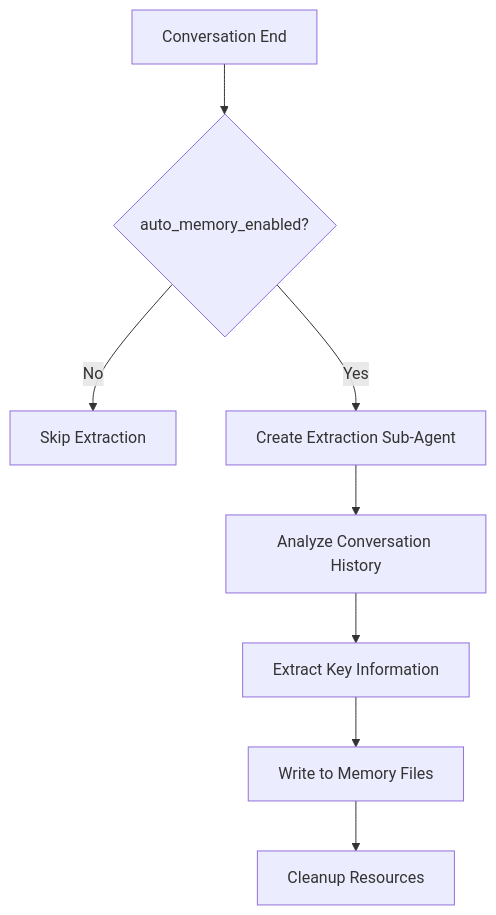
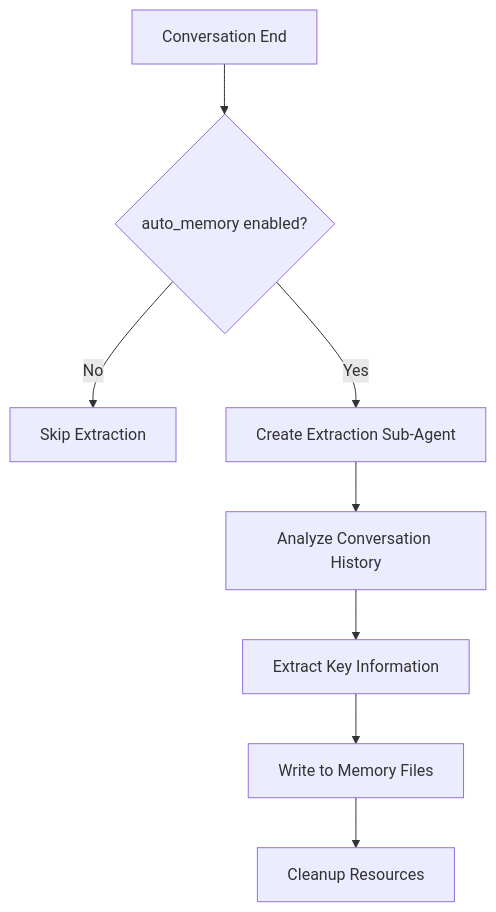
The diagram in docs/en/AutoMemory.md (Nizzanki/jiuwenswarm), drawn with Mermaid before and after one commit. The commit also changed other lines of this file and 15 other files, not shown here.

````diff
--- a/docs/en/AutoMemory.md
+++ b/docs/en/AutoMemory.md
@@ -78,10 +86,10 @@
 ```mermaid
 flowchart TD
-    A[Conversation End] --> B{auto_memory_enabled?}
+    A[Conversation End] --> B{auto_memory enabled?}
     B -->|No| C[Skip Extraction]
     B -->|Yes| D[Create Extraction Sub-Agent]
     D --> E[Analyze Conversation History]
     E --> F[Extract Key Information]
     F --> G[Write to Memory Files]
     G --> H[Cleanup Resources]
 ```
````
